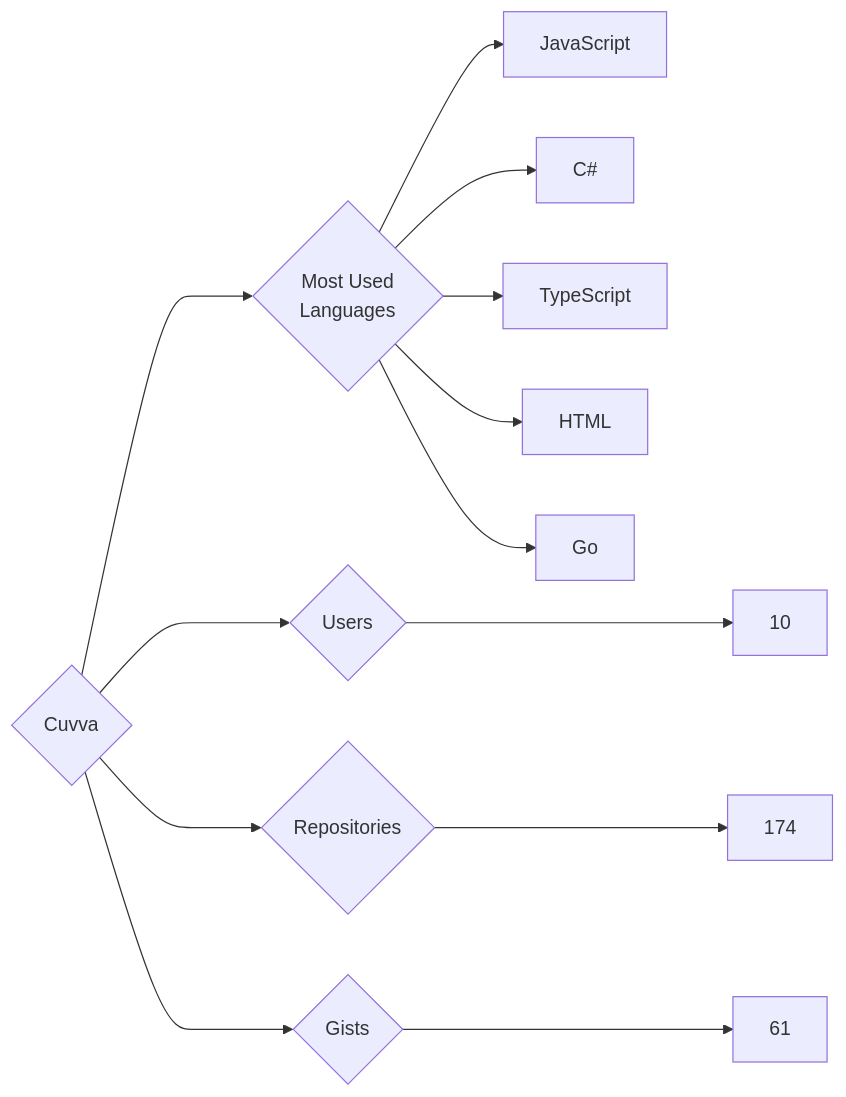
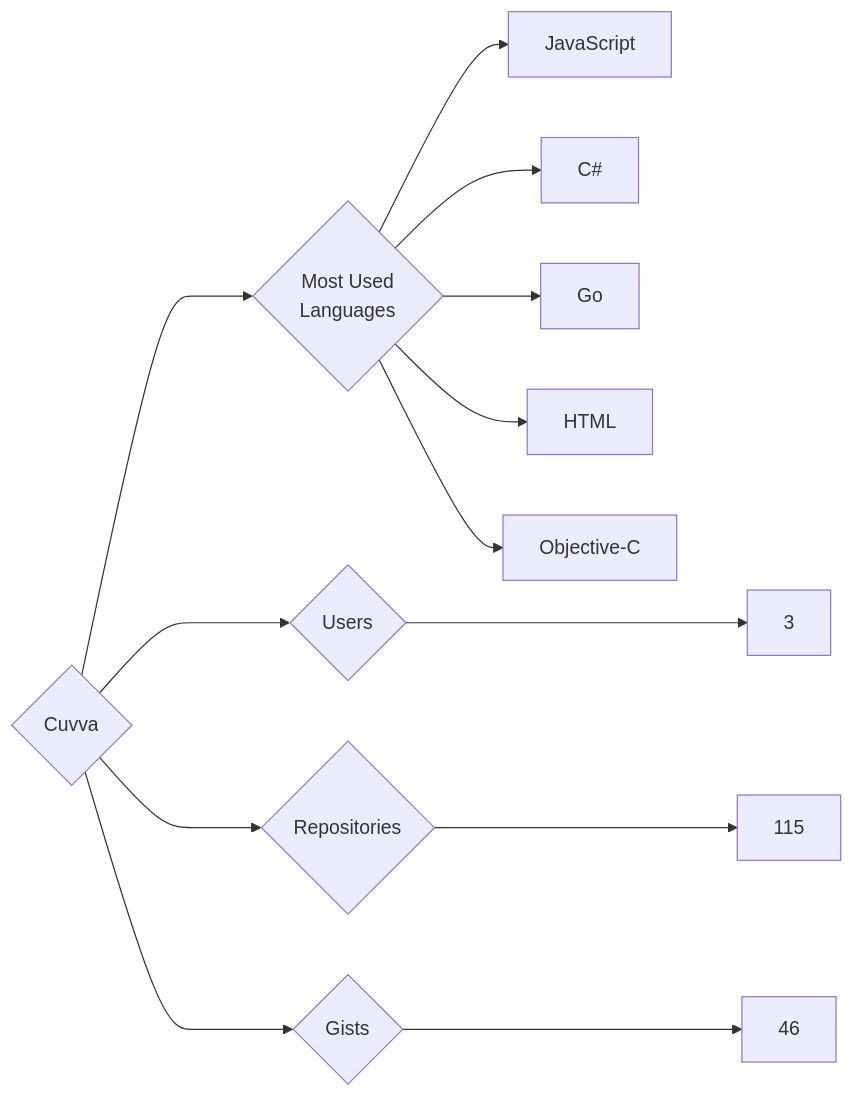
Before and after one commit to trickest/insiders: the diagram in targets/Cuvva/README.md, drawn with Mermaid. The commit also changed 847 other files, not shown here.

````diff
--- a/targets/Cuvva/README.md
+++ b/targets/Cuvva/README.md
@@ -3,13 +3,13 @@
 ```mermaid
 graph LR
 COMPANY_NAME{Cuvva}
-COMPANY_NAME ---> U{Users} ---> UN[10]
-COMPANY_NAME ---> R{Repositories} ---> RN[174]
-COMPANY_NAME ---> G{Gists} ---> GN[61]
+COMPANY_NAME ---> U{Users} ---> UN[3]
+COMPANY_NAME ---> R{Repositories} ---> RN[115]
+COMPANY_NAME ---> G{Gists} ---> GN[46]
 COMPANY_NAME ---> ML{Most Used<br>Languages}
 ML --> JavaScript[JavaScript]
 ML --> C#[C#]
-ML --> TypeScript[TypeScript]
+ML --> Go[Go]
 ML --> HTML[HTML]
-ML --> Go[Go]
+ML --> Objective-C[Objective-C]
 ```
````
